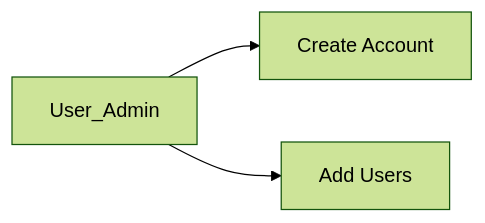
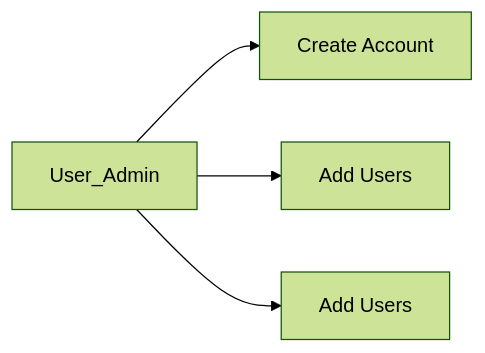
One commit to ejin3003/SimpleProjectManager changed the diagram in SimpleProjectManager/UML Diagram/ActivityDiagram_Admin.md. Above: the diagram before and after it, drawn with Mermaid (forest theme).

Commit message:
Testing Mermaid

````diff
--- a/SimpleProjectManager/UML Diagram/ActivityDiagram_Admin.md
+++ b/SimpleProjectManager/UML Diagram/ActivityDiagram_Admin.md
@@ -1,5 +1,6 @@
 ```mermaid
 graph LR
     A[User_Admin] --> B[Create Account]
     A[User_Admin] --> C[Add Users]
+    A[User_Admin] --> D[Add Users]
 ```
````
